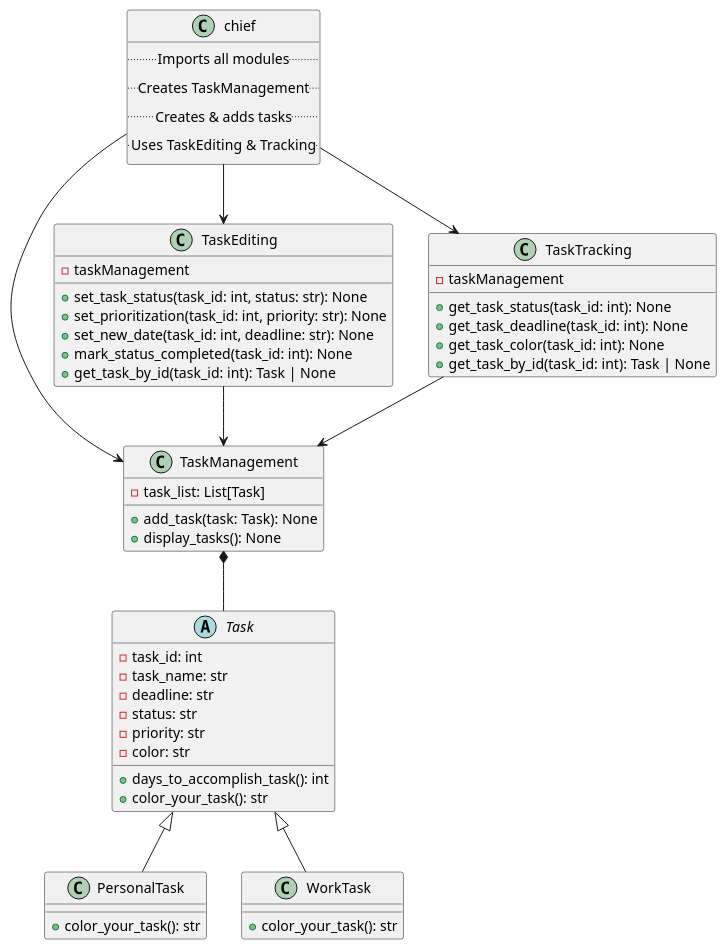
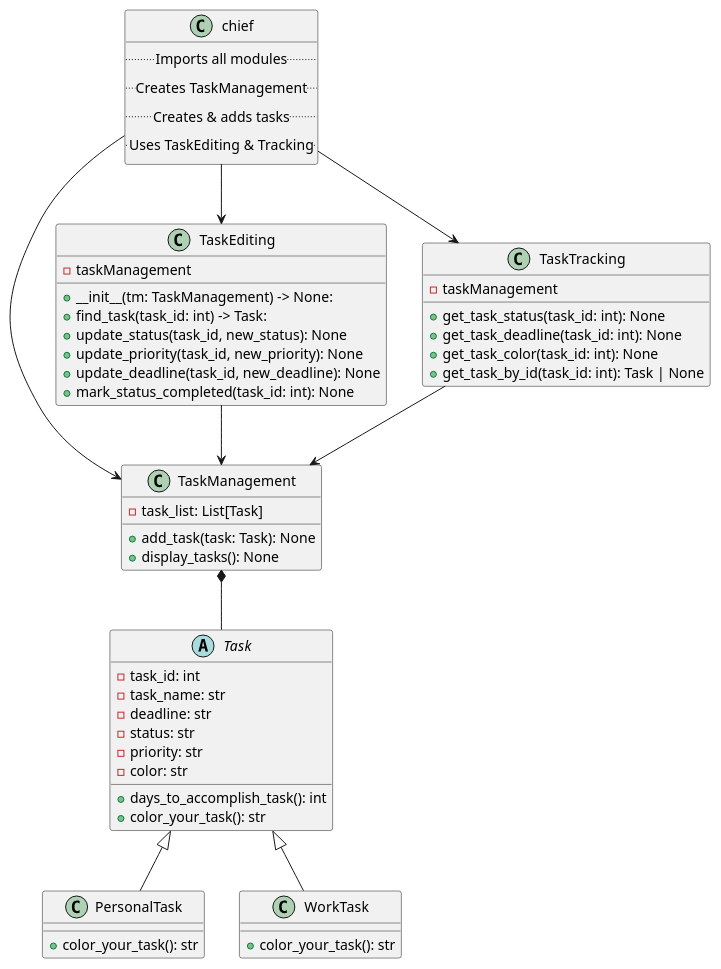
One commit to werhereitacademy/Python_Modul_Week_6 changed the diagram in Task Management System/docs/diagrams/src/Task Manager.wsd. Above: the diagram before and after it, drawn with PlantUML. The commit also changed 6 other files, not shown here.

```diff
--- a/Task Management System/docs/diagrams/src/Task Manager.wsd
+++ b/Task Management System/docs/diagrams/src/Task Manager.wsd
@@ -1,65 +1,66 @@
 @startuml
 
 ' Soyut sınıf
 abstract class Task {
     - task_id: int
     - task_name: str
     - deadline: str
     - status: str
     - priority: str
     - color: str
     + days_to_accomplish_task(): int
     + color_your_task(): str
 }
 
 class PersonalTask {
     + color_your_task(): str
 }
 
 class WorkTask {
     + color_your_task(): str
 }
 
 class TaskManagement {
     - task_list: List[Task]
     + add_task(task: Task): None
     + display_tasks(): None
 }
 
 class TaskEditing {
     - taskManagement
-    + set_task_status(task_id: int, status: str): None
-    + set_prioritization(task_id: int, priority: str): None
-    + set_new_date(task_id: int, deadline: str): None
+    + __init__(tm: TaskManagement) -> None:
+    + find_task(task_id: int) -> Task:
+    + update_status(task_id, new_status): None
+    + update_priority(task_id, new_priority): None
+    + update_deadline(task_id, new_deadline): None
     + mark_status_completed(task_id: int): None
-    + get_task_by_id(task_id: int): Task | None
 }
 
 class TaskTracking {
     - taskManagement
     + get_task_status(task_id: int): None
     + get_task_deadline(task_id: int): None
     + get_task_color(task_id: int): None
     + get_task_by_id(task_id: int): Task | None
 }
 
 class chief {
     .. Imports all modules ..
     .. Creates TaskManagement ..
     .. Creates & adds tasks ..
     .. Uses TaskEditing & Tracking ..
 }
 
 ' Kalıtım ilişkileri
 Task <|-- PersonalTask
 Task <|-- WorkTask
 
 ' Bileşen ilişkileri
 TaskManagement *-- Task
 TaskEditing --> TaskManagement
 TaskTracking --> TaskManagement
 chief --> TaskEditing
 chief --> TaskTracking
 chief --> TaskManagement
 
 @enduml
```
